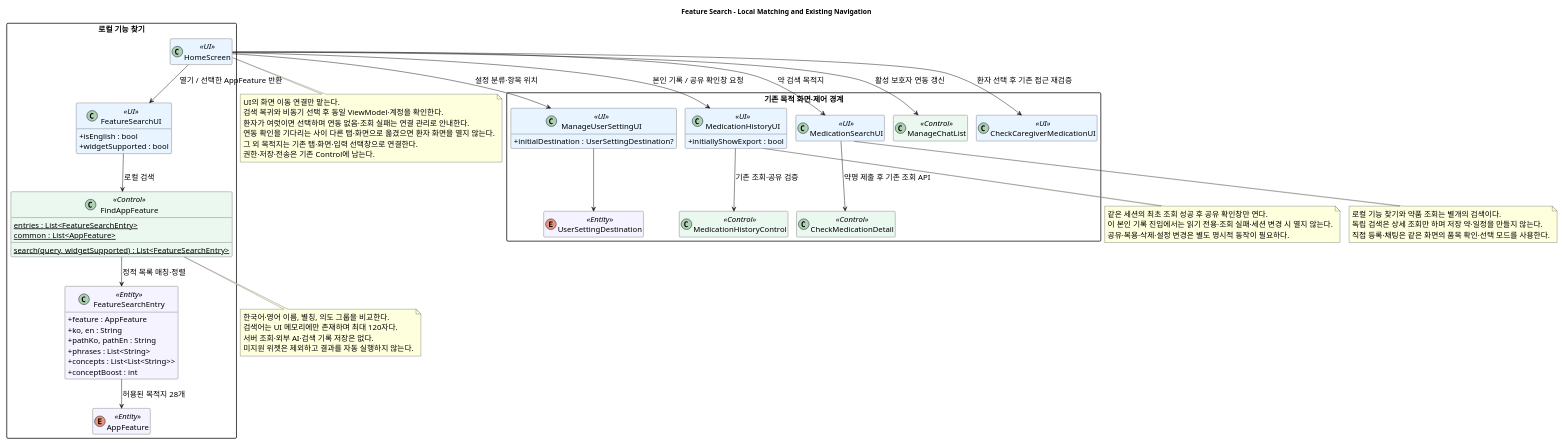
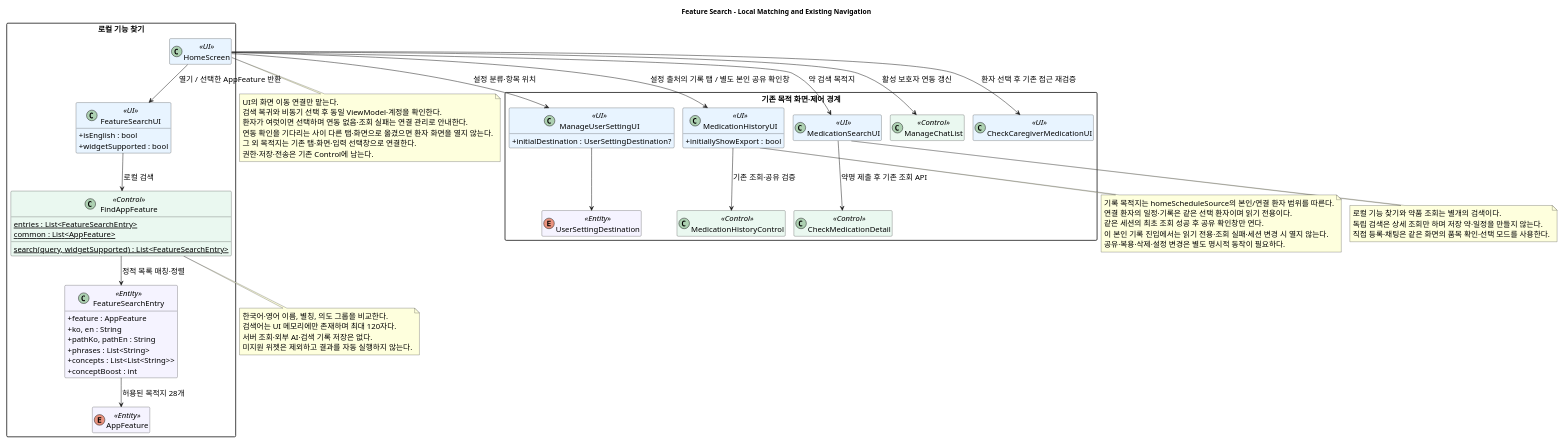
Before and after one commit to 1window2/MedBuddy: the diagram in docs/UML/class/08_FeatureSearch.puml, drawn with PlantUML. The commit also changed 7 other files, not shown here.

Commit message:
docs(architecture): align use cases and feature destinations

```diff
--- a/docs/UML/class/08_FeatureSearch.puml
+++ b/docs/UML/class/08_FeatureSearch.puml
@@ -1,95 +1,97 @@
 @startuml
 allowmixing
 top to bottom direction
 !pragma layout smetana
 scale max 2400 width
 title Feature Search - Local Matching and Existing Navigation
 
 skinparam backgroundColor white
 skinparam shadowing false
 skinparam defaultFontName Nanum Gothic
 skinparam defaultFontSize 16
 skinparam classAttributeIconSize 0
 skinparam packageStyle rectangle
 hide empty members
 skinparam classBackgroundColor<<UI>> #E8F4FF
 skinparam classBackgroundColor<<Control>> #EAF8F0
 skinparam classBackgroundColor<<Entity>> #F5F3FF
 
 package "로컬 기능 찾기" {
   class HomeScreen <<UI>>
   class FeatureSearchUI <<UI>> {
     +isEnglish : bool
     +widgetSupported : bool
   }
   class FindAppFeature <<Control>> {
     {static} entries : List<FeatureSearchEntry>
     {static} common : List<AppFeature>
     {static} search(query, widgetSupported) : List<FeatureSearchEntry>
   }
   class FeatureSearchEntry <<Entity>> {
     +feature : AppFeature
     +ko, en : String
     +pathKo, pathEn : String
     +phrases : List<String>
     +concepts : List<List<String>>
     +conceptBoost : int
   }
   enum AppFeature <<Entity>>
 }
 
 package "기존 목적 화면·제어 경계" {
   class ManageUserSettingUI <<UI>> {
     +initialDestination : UserSettingDestination?
   }
   enum UserSettingDestination <<Entity>>
   class MedicationHistoryUI <<UI>> {
     +initiallyShowExport : bool
   }
   class MedicationHistoryControl <<Control>>
   class MedicationSearchUI <<UI>>
   class CheckMedicationDetail <<Control>>
   class ManageChatList <<Control>>
   class CheckCaregiverMedicationUI <<UI>>
 }
 
 HomeScreen --> FeatureSearchUI : 열기 / 선택한 AppFeature 반환
 FeatureSearchUI --> FindAppFeature : 로컬 검색
 FindAppFeature --> FeatureSearchEntry : 정적 목록 매칭·정렬
 FeatureSearchEntry --> AppFeature : 허용된 목적지 28개
 HomeScreen --> MedicationSearchUI : 약 검색 목적지
 MedicationSearchUI --> CheckMedicationDetail : 약명 제출 후 기존 조회 API
 note bottom of MedicationSearchUI
   로컬 기능 찾기와 약품 조회는 별개의 검색이다.
   독립 검색은 상세 조회만 하며 저장 약·일정을 만들지 않는다.
   직접 등록·채팅은 같은 화면의 품목 확인·선택 모드를 사용한다.
 end note
 HomeScreen --> ManageUserSettingUI : 설정 분류·항목 위치
 ManageUserSettingUI --> UserSettingDestination
-HomeScreen --> MedicationHistoryUI : 본인 기록 / 공유 확인창 요청
+HomeScreen --> MedicationHistoryUI : 설정 출처의 기록 탭 / 별도 본인 공유 확인창
 MedicationHistoryUI --> MedicationHistoryControl : 기존 조회·공유 검증
 HomeScreen --> ManageChatList : 활성 보호자 연동 갱신
 HomeScreen --> CheckCaregiverMedicationUI : 환자 선택 후 기존 접근 재검증
 
 note bottom of FindAppFeature
   한국어·영어 이름, 별칭, 의도 그룹을 비교한다.
   검색어는 UI 메모리에만 존재하며 최대 120자다.
   서버 조회·외부 AI·검색 기록 저장은 없다.
   미지원 위젯은 제외하고 결과를 자동 실행하지 않는다.
 end note
 
 note bottom of HomeScreen
   UI의 화면 이동 연결만 맡는다.
   검색 복귀와 비동기 선택 후 동일 ViewModel·계정을 확인한다.
   환자가 여럿이면 선택하며 연동 없음·조회 실패는 연결 관리로 안내한다.
   연동 확인을 기다리는 사이 다른 탭·화면으로 옮겼으면 환자 화면을 열지 않는다.
   그 외 목적지는 기존 탭·화면·입력 선택창으로 연결한다.
   권한·저장·전송은 기존 Control에 남는다.
 end note
 
 note bottom of MedicationHistoryUI
+  기록 목적지는 homeScheduleSource의 본인/연결 환자 범위를 따른다.
+  연결 환자의 일정·기록은 같은 선택 환자이며 읽기 전용이다.
   같은 세션의 최초 조회 성공 후 공유 확인창만 연다.
   이 본인 기록 진입에서는 읽기 전용·조회 실패·세션 변경 시 열지 않는다.
   공유·복용·삭제·설정 변경은 별도 명시적 동작이 필요하다.
 end note
 @enduml
```
